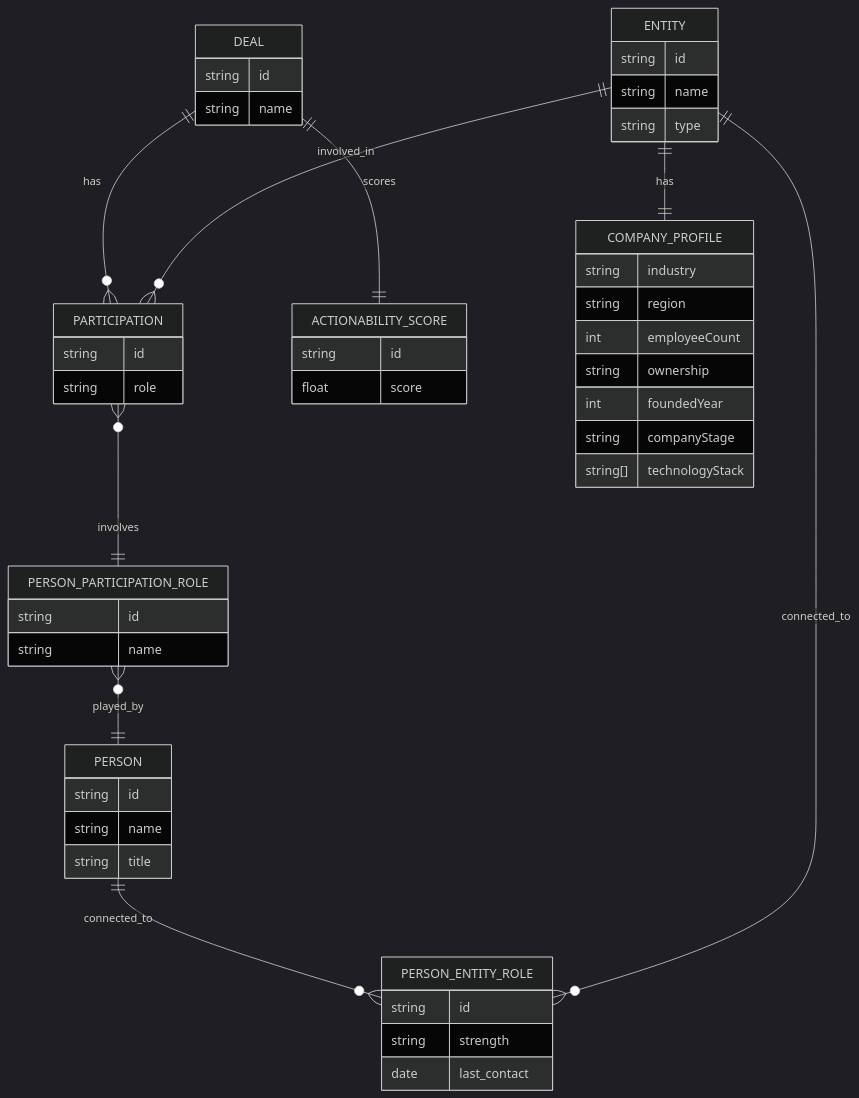
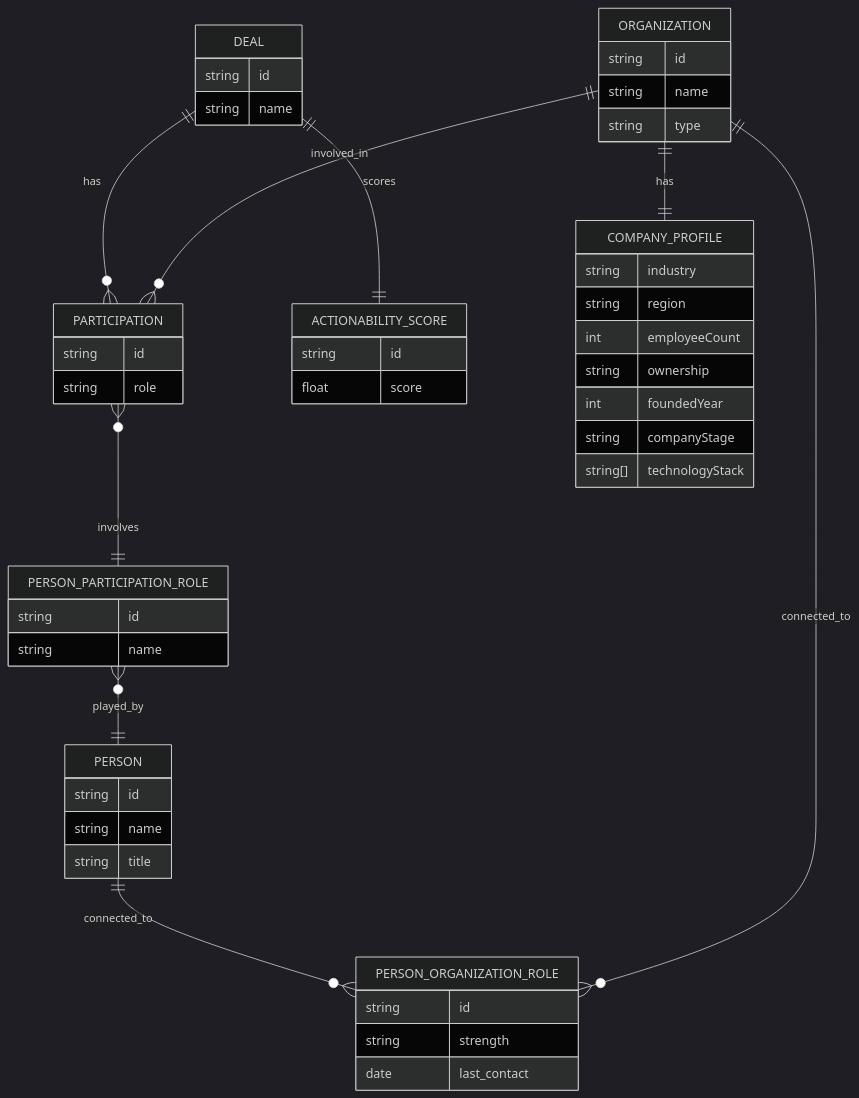
One commit to iarambula/accesspoint changed the first of 2 diagrams in docs/docs.md. Above: the diagram before and after it, drawn with Mermaid (dark theme). The commit also changed other lines of this file, not shown here.

Commit message:
update docs to use Organization instead of Entity

````diff
--- a/docs/docs.md
+++ b/docs/docs.md
@@ -16,61 +16,61 @@
 ```mermaid
 erDiagram
     DEAL ||--o{ PARTICIPATION : has
-    ENTITY ||--o{ PARTICIPATION : involved_in
+    ORGANIZATION ||--o{ PARTICIPATION : involved_in
     PARTICIPATION }o--|| PERSON_PARTICIPATION_ROLE : involves
     PERSON_PARTICIPATION_ROLE }o--|| PERSON : played_by
 
     DEAL ||--|| ACTIONABILITY_SCORE : scores
-    PERSON ||--o{ PERSON_ENTITY_ROLE : connected_to
-    ENTITY ||--o{ PERSON_ENTITY_ROLE : connected_to
+    PERSON ||--o{ PERSON_ORGANIZATION_ROLE : connected_to
+    ORGANIZATION ||--o{ PERSON_ORGANIZATION_ROLE : connected_to
 
-    ENTITY ||--|| COMPANY_PROFILE : has
+    ORGANIZATION ||--|| COMPANY_PROFILE : has
 
     DEAL {
         string id
         string name
     }
 
-    ENTITY {
+    ORGANIZATION {
         string id
         string name
         string type
     }
 
     COMPANY_PROFILE {
         string industry
         string region
         int employeeCount
         string ownership
         int foundedYear
         string companyStage
         string[] technologyStack
     }
 
     PERSON {
         string id
         string name
         string title
     }
 
     PARTICIPATION {
         string id
         string role
     }
 
     PERSON_PARTICIPATION_ROLE {
         string id
         string name
     }
 
     ACTIONABILITY_SCORE {
         string id
         float score
     }
 
-    PERSON_ENTITY_ROLE {
+    PERSON_ORGANIZATION_ROLE {
         string id
         string strength
         date last_contact
     }
 ```
````
